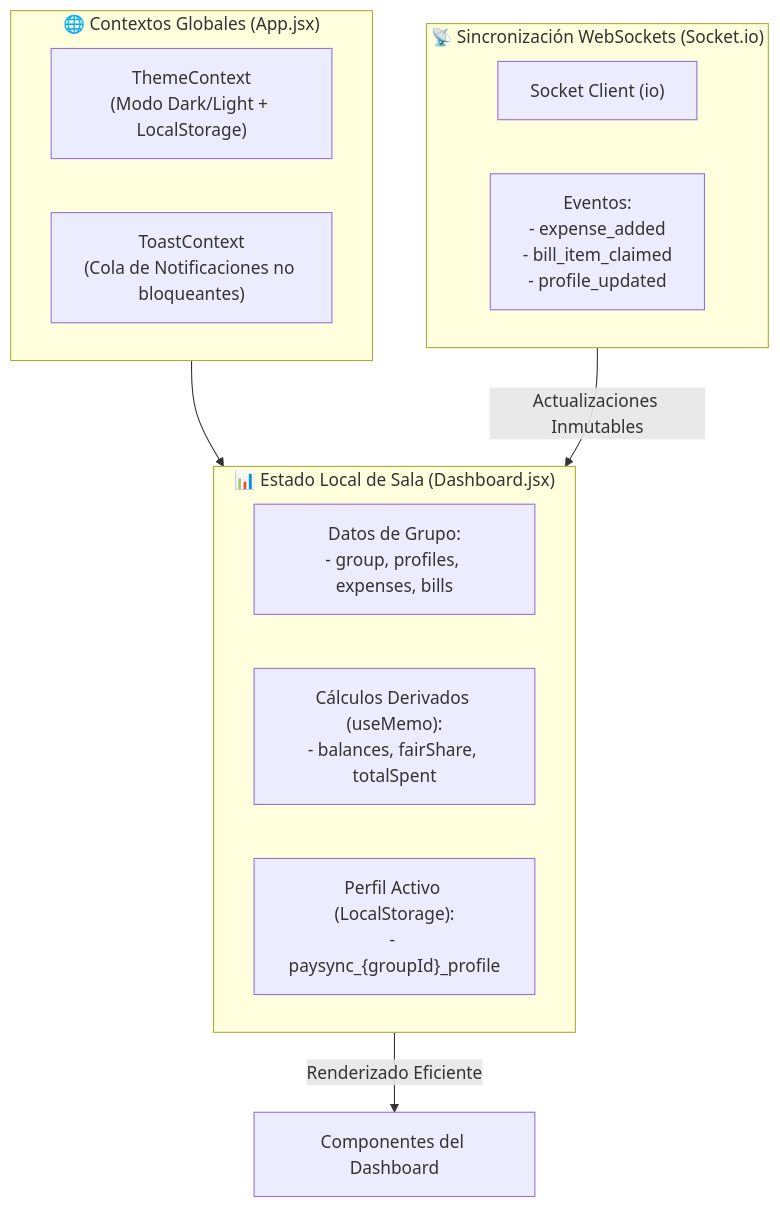
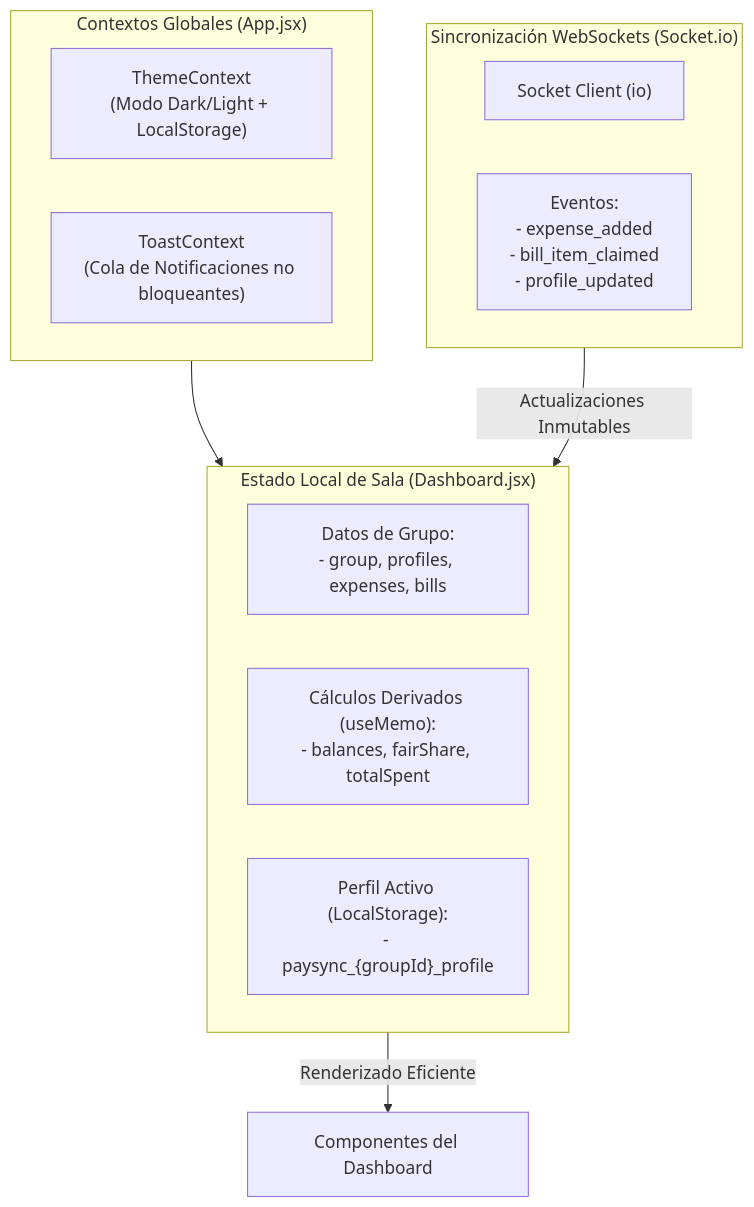
Before and after one commit to SebzSGC/Control-Gastos: the diagram in docs/03_Frontend/Gestion-Estado.md, drawn with Mermaid. The commit also changed other lines of this file and 16 other files, not shown here.

````diff
--- a/docs/03_Frontend/Gestion-Estado.md
+++ b/docs/03_Frontend/Gestion-Estado.md
@@ -18,22 +18,22 @@
 ```mermaid
 flowchart TD
-    subgraph GlobalProviders["🌐 Contextos Globales (App.jsx)"]
+    subgraph GlobalProviders["Contextos Globales (App.jsx)"]
         ThemeCtx["ThemeContext\n(Modo Dark/Light + LocalStorage)"]
         ToastCtx["ToastContext\n(Cola de Notificaciones no bloqueantes)"]
     end
 
-    subgraph DashboardState["📊 Estado Local de Sala (Dashboard.jsx)"]
+    subgraph DashboardState["Estado Local de Sala (Dashboard.jsx)"]
         LocalData["Datos de Grupo:\n- group, profiles, expenses, bills"]
         Settlements["Cálculos Derivados (useMemo):\n- balances, fairShare, totalSpent"]
         MeUser["Perfil Activo (LocalStorage):\n- paysync_{groupId}_profile"]
     end
 
-    subgraph RealTimeLayer["📡 Sincronización WebSockets (Socket.io)"]
+    subgraph RealTimeLayer["Sincronización WebSockets (Socket.io)"]
         SocketConn["Socket Client (io)"]
         IncomingEvents["Eventos:\n- expense_added\n- bill_item_claimed\n- profile_updated"]
     end
 
     GlobalProviders --> DashboardState
     RealTimeLayer -->|Actualizaciones Inmutables| DashboardState
     DashboardState -->|Renderizado Eficiente| UIComponents["Componentes del Dashboard"]
 ```
````
